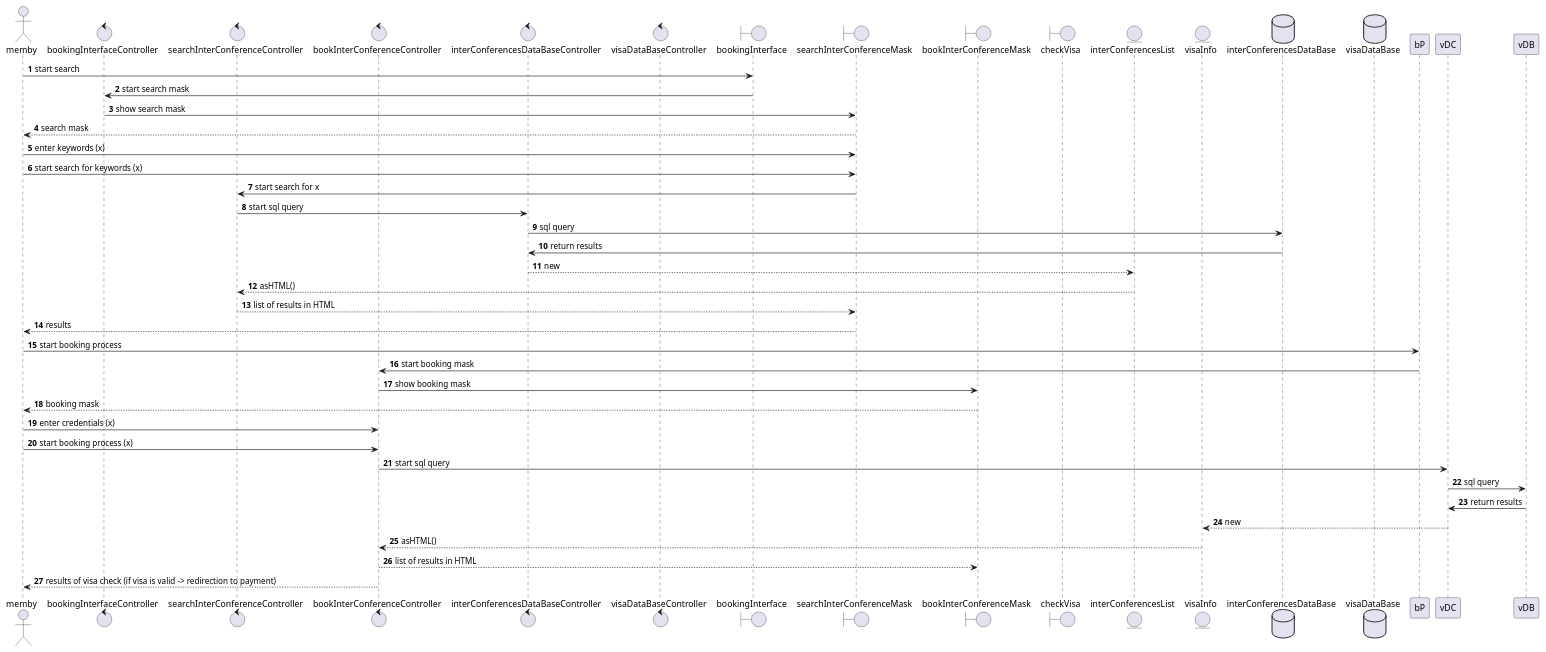
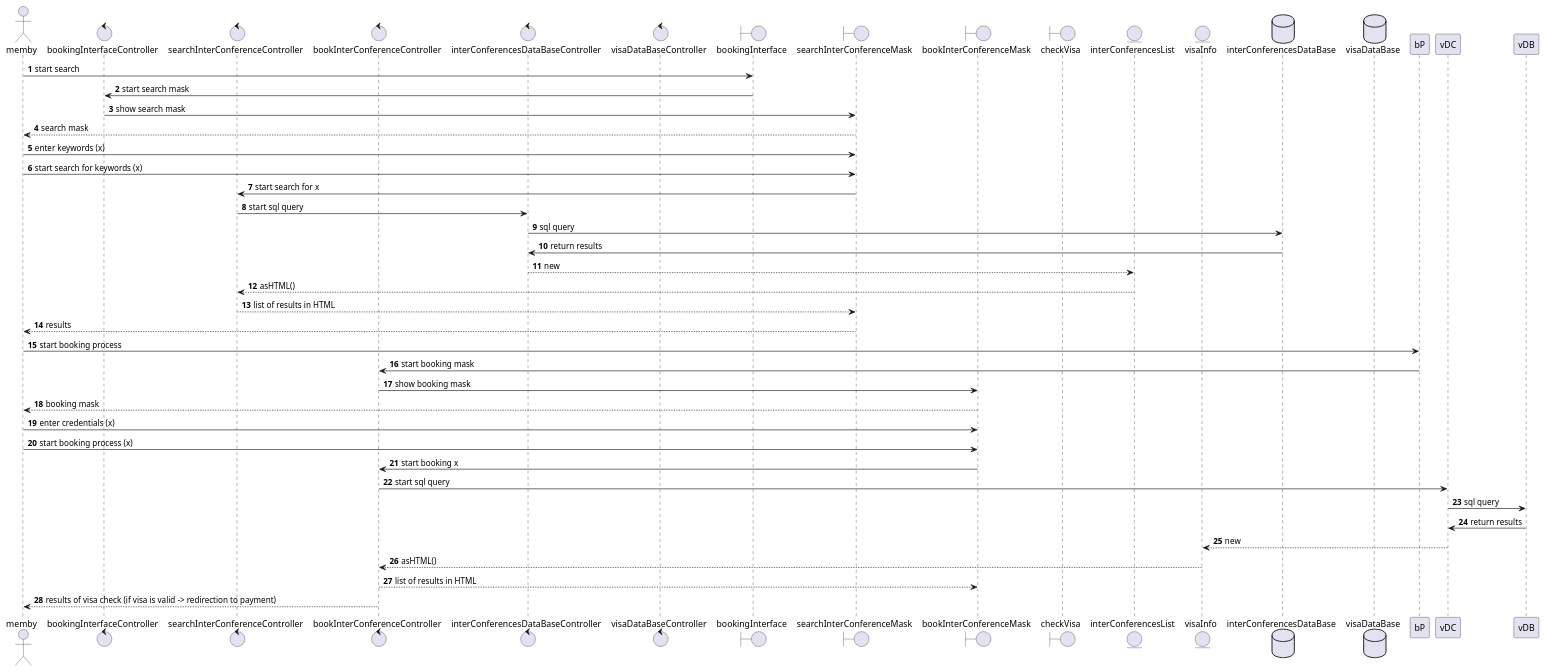
The diagram in src/main/personal_spaces/bella/exercise5/sd_bookInternationalConference.puml (1nbetw33n/Parkhaus_new), drawn with PlantUML before and after one commit.

Commit message:
Fixed another logical error.

```diff
--- a/src/main/personal_spaces/bella/exercise5/sd_bookInternationalConference.puml
+++ b/src/main/personal_spaces/bella/exercise5/sd_bookInternationalConference.puml
@@ -1,57 +1,58 @@
 @startuml
 
 
     actor memby as m
 
     control bookingInterfaceController as bIC
     control searchInterConferenceController as sICC
     control bookInterConferenceController as bICC
     control interConferencesDataBaseController as iCDBC
     control visaDataBaseController as vDBC
 
     boundary bookingInterface as bI
     boundary searchInterConferenceMask as sICM
     boundary bookInterConferenceMask as bICM
     boundary checkVisa as cV
 
     entity interConferencesList as iCL
     entity visaInfo as vI
 
     database interConferencesDataBase as iCDB
     database visaDataBase as vDD
 
     autonumber
 
     /'SEARCH AN INTERNATIONAL CONFERENCE AND GET THE RESULTS'/
     m -> bI : start search
     bI -> bIC : start search mask
     sICM <- bIC : show search mask
     m <-- sICM : search mask
     m -> sICM : enter keywords (x)
     m -> sICM : start search for keywords (x)
     sICM -> sICC : start search for x
     sICC -> iCDBC : start sql query
     iCDB <- iCDBC : sql query
     iCDB -> iCDBC : return results
     iCDBC --> iCL : new
     sICC <-- iCL : asHTML()
     sICM <-- sICC : list of results in HTML
     m <-- sICM : results
 
     /'BOOK AN INTERNATIONAL CONFERENCE AND PERFORM A VISA CHECK'/
     m -> bP : start booking process
     bP -> bICC : start booking mask
     bICC -> bICM : show booking mask
     m <-- bICM : booking mask
-    m -> bICC : enter credentials (x)
-    m -> bICC : start booking process (x)
+    m -> bICM : enter credentials (x)
+    m -> bICM : start booking process (x)
+    bICC <- bICM : start booking x
     vDC <- bICC : start sql query
     vDC -> vDB : sql query
     vDC <- vDB : return results
     vDC --> vI : new
     bICC <-- vI : asHTML()
     bICM <-- bICC : list of results in HTML
     m <-- bICC : results of visa check (if visa is valid -> redirection to payment)
 
 
 @enduml
```
